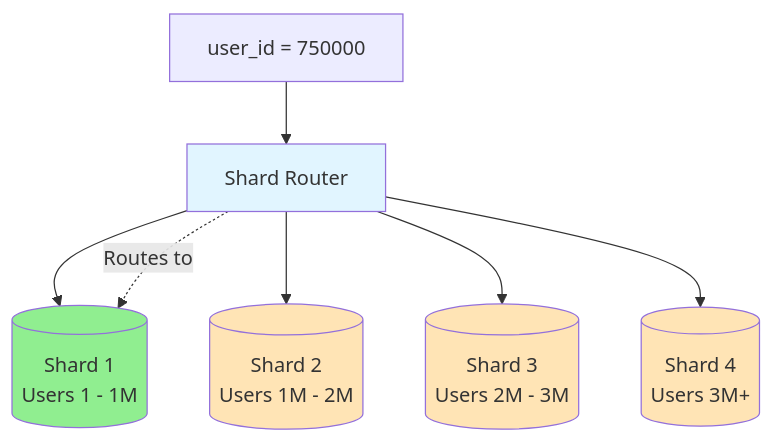
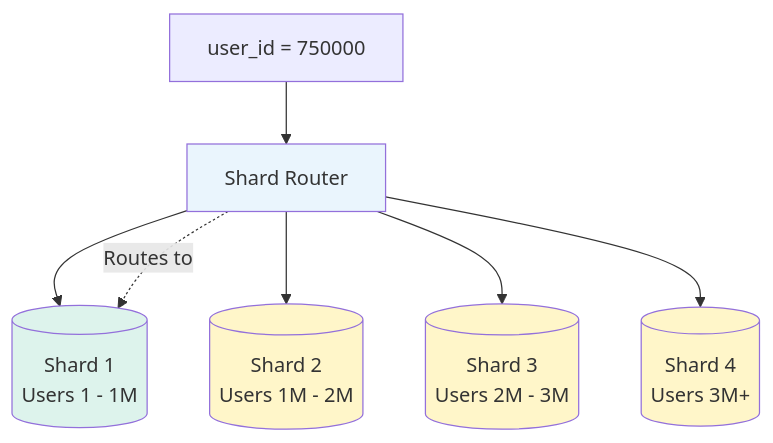
Diagram 14 of 46 in LLD/CoreConcepts/Sharding.md (cartmancodes/InterviewVault), drawn with Mermaid before and after one commit. The commit also changed other lines of this file and 679 other files, not shown here.

Commit message:
Unify content diagrams and add accessible visual walkthroughs

````diff
--- a/LLD/CoreConcepts/Sharding.md
+++ b/LLD/CoreConcepts/Sharding.md
@@ -340,21 +340,21 @@
 ```mermaid
 graph TB
     ROUTER[Shard Router]
     
     QUERY[user_id = 750000]
     
     QUERY --> ROUTER
     
     ROUTER --> S1[(Shard 1<br/>Users 1 - 1M)]
     ROUTER --> S2[(Shard 2<br/>Users 1M - 2M)]
     ROUTER --> S3[(Shard 3<br/>Users 2M - 3M)]
     ROUTER --> S4[(Shard 4<br/>Users 3M+)]
     
     ROUTER -.->|Routes to| S1
     
-    style ROUTER fill:#e1f5ff
-    style S1 fill:#90EE90
-    style S2 fill:#FFE4B5
-    style S3 fill:#FFE4B5
-    style S4 fill:#FFE4B5
+    style ROUTER fill:#EAF5FD
+    style S1 fill:#DDF3EC
+    style S2 fill:#FFF6C9
+    style S3 fill:#FFF6C9
+    style S4 fill:#FFF6C9
 ```
````
